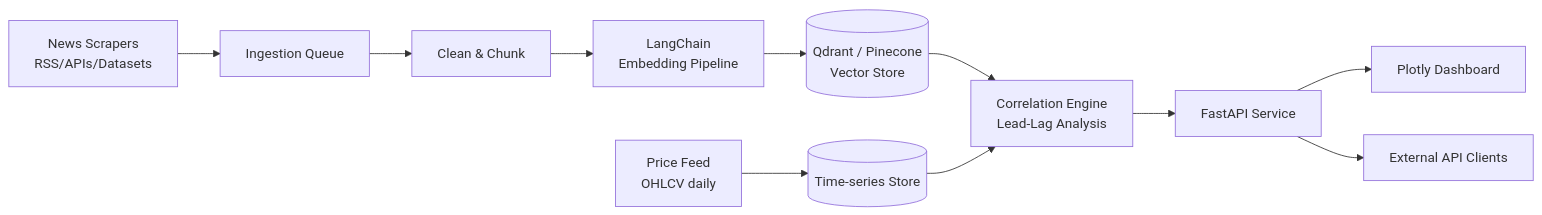
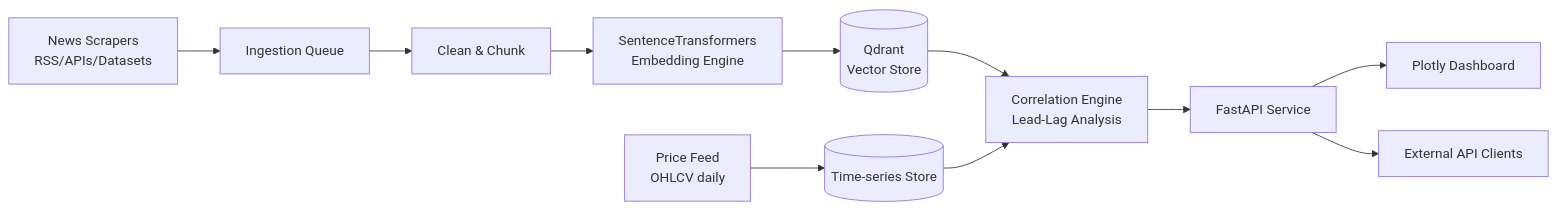
The diagram in PRD_Market_Sentiment_News_Vector_Platform.md (Har-dik25/Algorithmic-Market-Sentiment-News-Vector-Correlation-Platform), drawn with Mermaid before and after one commit. The commit also changed other lines of this file and 12 other files, not shown here.

Commit message:
Clean up: remove dead imports, fix stale LangChain/Pinecone refs, add .gitkeep stubs and harden .gitignore

````diff
--- a/PRD_Market_Sentiment_News_Vector_Platform.md
+++ b/PRD_Market_Sentiment_News_Vector_Platform.md
@@ -78,13 +78,13 @@
 ```mermaid
 flowchart LR
   A[News Scrapers<br/>RSS/APIs/Datasets] --> B[Ingestion Queue]
   B --> C[Clean & Chunk]
-  C --> D[LangChain<br/>Embedding Pipeline]
-  D --> E[(Qdrant / Pinecone<br/>Vector Store)]
+  C --> D[SentenceTransformers<br/>Embedding Engine]
+  D --> E[(Qdrant<br/>Vector Store)]
   F[Price Feed<br/>OHLCV daily] --> G[(Time-series Store)]
   E --> H[Correlation Engine<br/>Lead-Lag Analysis]
   G --> H
   H --> I[FastAPI Service]
   I --> J[Plotly Dashboard]
   I --> K[External API Clients]
 ```
````
